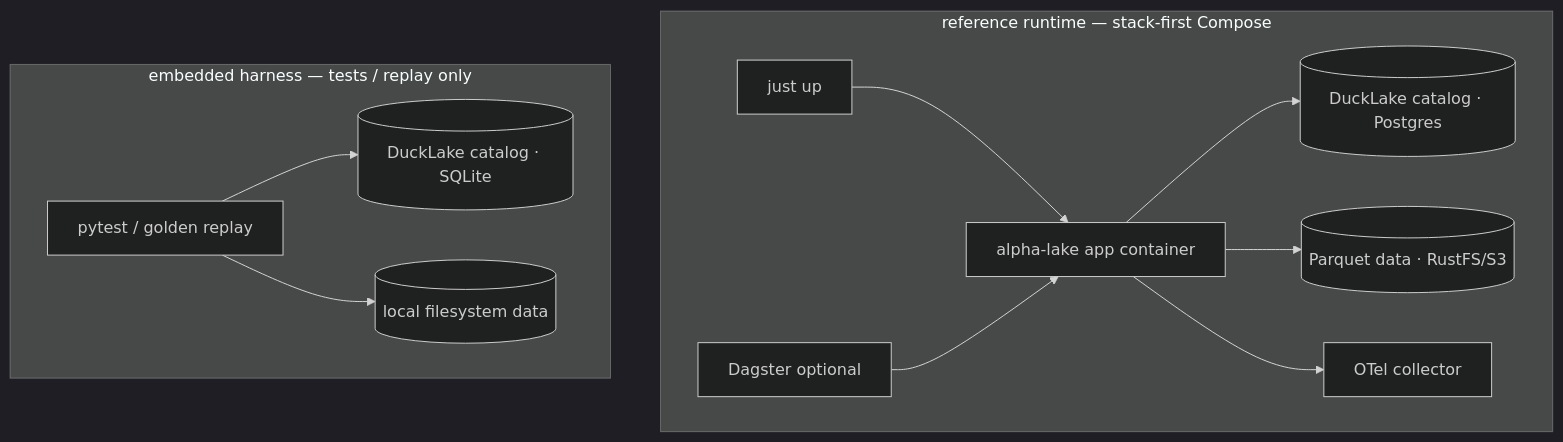
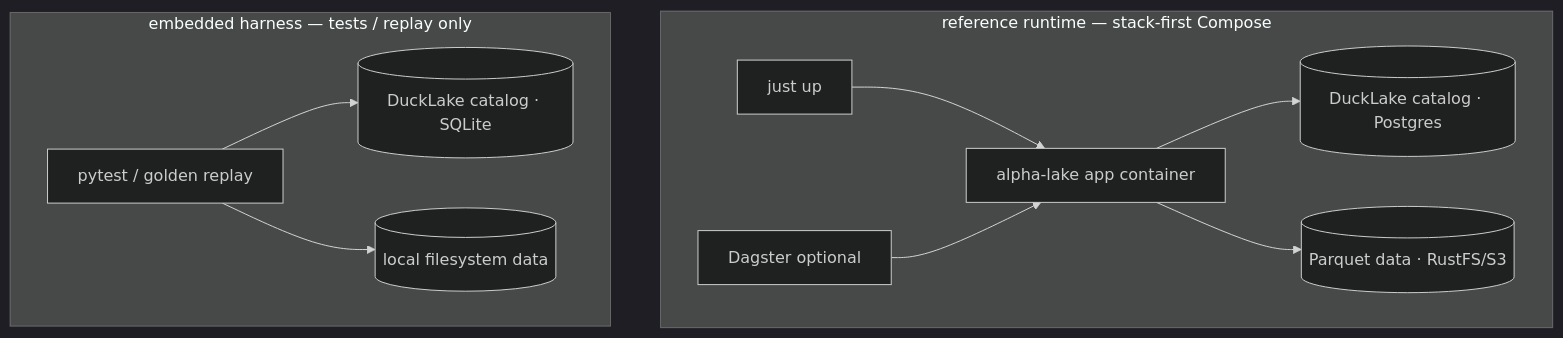
The second of 6 diagrams in docs/DESIGN.md (mblaauw/alpha-lake), drawn with Mermaid (dark theme) before and after one commit. The commit also changed other lines of this file and 17 other files, not shown here.

````diff
--- a/docs/DESIGN.md
+++ b/docs/DESIGN.md
@@ -92,16 +92,15 @@
 ```mermaid
 flowchart TB
   subgraph STACK["reference runtime — stack-first Compose"]
     direction LR
     J[just up] --> APP[alpha-lake app container]
     APP --> PG[(DuckLake catalog · Postgres)]
     APP --> S3[(Parquet data · RustFS/S3)]
-    APP --> OTEL[OTel collector]
     DAG[Dagster optional] --> APP
   end
   subgraph EMBED["embedded harness — tests / replay only"]
     direction LR
     T[pytest / golden replay] --> SQL[(DuckLake catalog · SQLite)]
     T --> FS[(local filesystem data)]
   end
 ```
````
